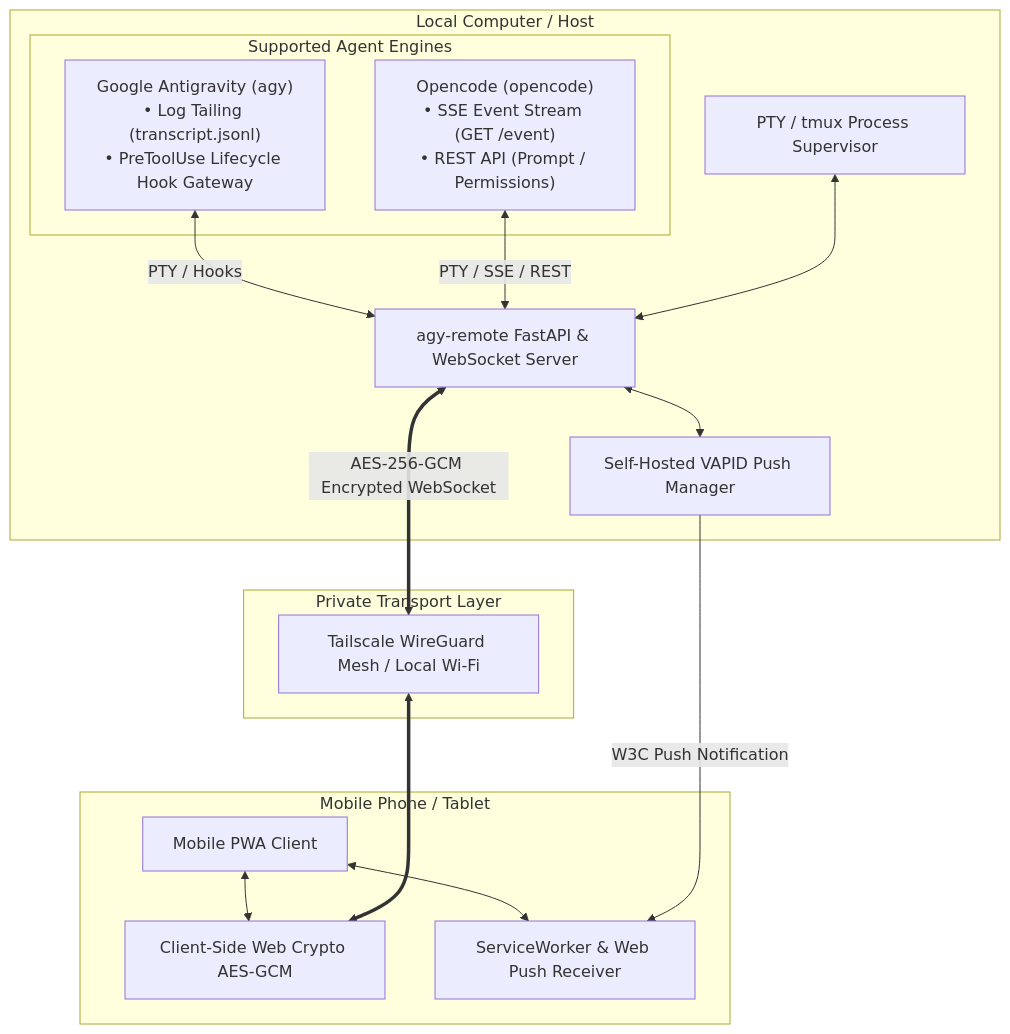
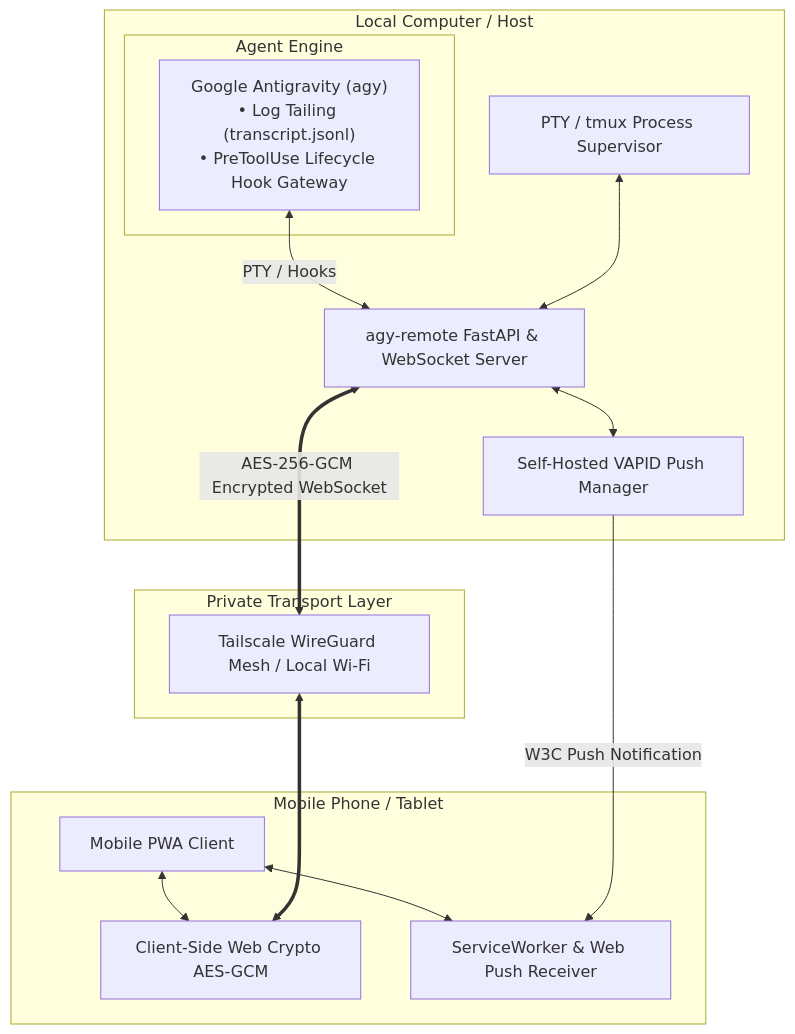
The diagram in README.md (ollisulopuisto/agy-remote), drawn with Mermaid before and after one commit. The commit also changed other lines of this file and 19 other files, not shown here.

````diff
--- a/README.md
+++ b/README.md
@@ -56,34 +52,32 @@
 ```mermaid
 flowchart TD
     subgraph Host Machine [Local Computer / Host]
-        subgraph Agent Backends [Supported Agent Engines]
+        subgraph Agent Backends [Agent Engine]
             AGY["Google Antigravity (agy)<br/>• Log Tailing (transcript.jsonl)<br/>• PreToolUse Lifecycle Hook Gateway"]
-            OPENCODE["Opencode (opencode)<br/>• SSE Event Stream (GET /event)<br/>• REST API (Prompt / Permissions)"]
         end
 
         SUPERVISOR[PTY / tmux Process Supervisor]
         SERVER[agy-remote FastAPI & WebSocket Server]
         VAPID[Self-Hosted VAPID Push Manager]
 
         AGY <-->|PTY / Hooks| SERVER
-        OPENCODE <-->|PTY / SSE / REST| SERVER
         SUPERVISOR <--> SERVER
         SERVER <--> VAPID
     end
 
     subgraph Transport [Private Transport Layer]
         TS[Tailscale WireGuard Mesh / Local Wi-Fi]
     end
 
     subgraph Mobile Device [Mobile Phone / Tablet]
         PWA[Mobile PWA Client]
         CRYPTO[Client-Side Web Crypto AES-GCM]
         SW[ServiceWorker & Web Push Receiver]
 
         PWA <--> CRYPTO
         PWA <--> SW
     end
 
     SERVER <===>|AES-256-GCM Encrypted WebSocket| TS <===> CRYPTO
     VAPID --->|W3C Push Notification| SW
 ```
````
